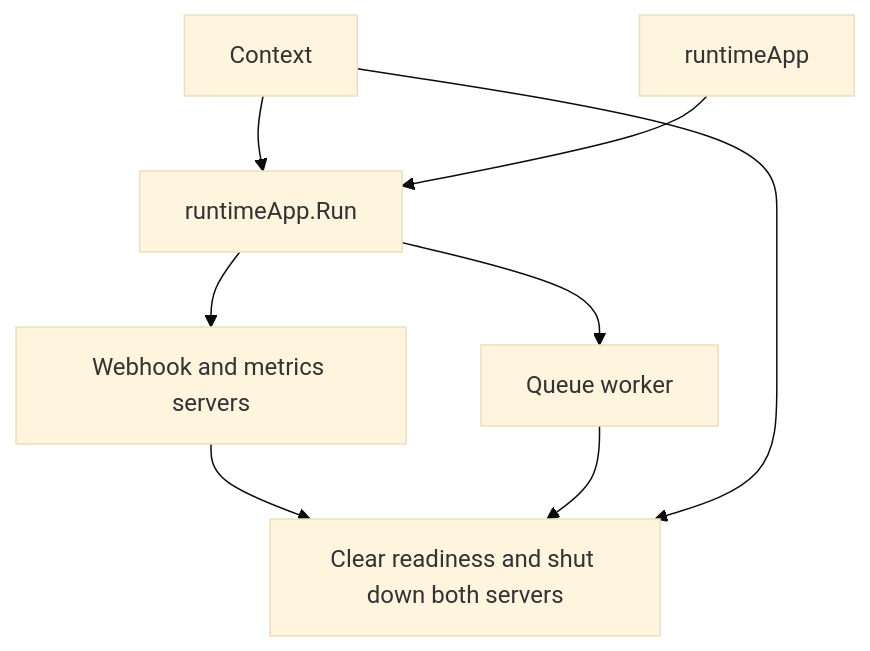
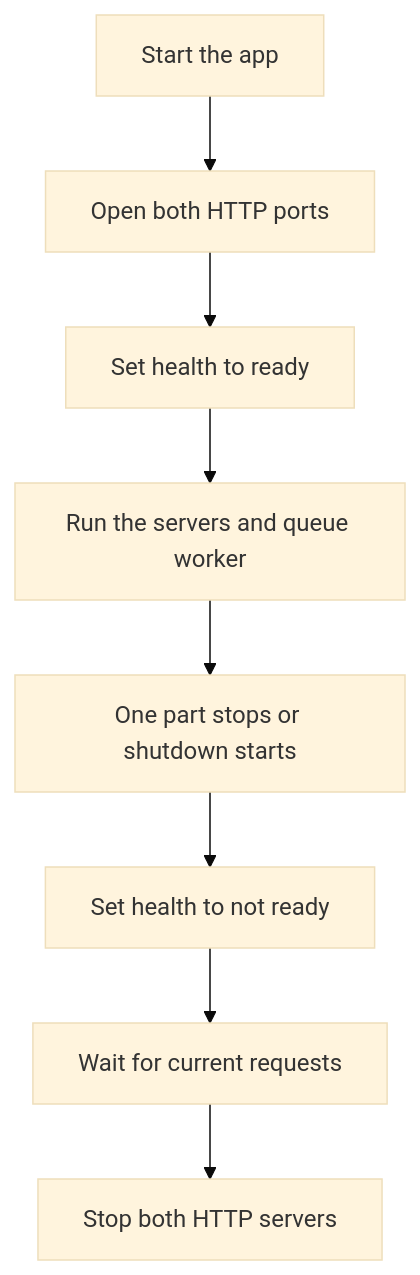
One commit to siutsin/telegram-jung2-bot changed the diagram in internal/app/README.md. Above: the diagram before and after it, drawn with Mermaid (base theme). The commit also changed other lines of this file, not shown here.

Commit message:
docs: simplify app lifecycle guide (#3107)

````diff
--- a/internal/app/README.md
+++ b/internal/app/README.md
@@ -34,10 +23,10 @@
 ```mermaid
 flowchart TD
-    ctx[Context] --> run[runtimeApp.Run]
-    app[runtimeApp] --> run
-    run --> serve[Webhook and metrics servers]
-    run --> poll[Queue worker]
-    serve --> stop[Clear readiness and shut down both servers]
-    poll --> stop
-    ctx --> stop
+    start[Start the app] --> ports[Open both HTTP ports]
+    ports --> ready[Set health to ready]
+    ready --> run[Run the servers and queue worker]
+    run --> stop[One part stops or shutdown starts]
+    stop --> unready[Set health to not ready]
+    unready --> drain[Wait for current requests]
+    drain --> shutdown[Stop both HTTP servers]
 ```
````
